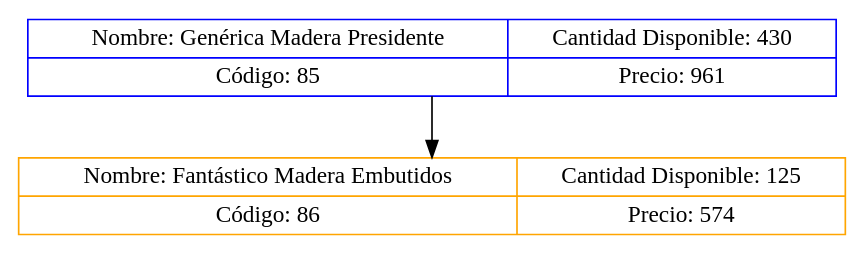
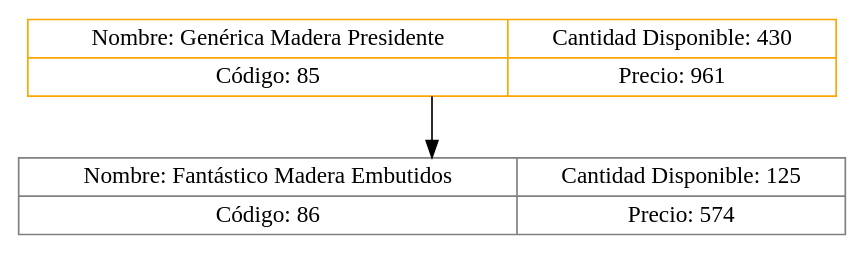
One commit to Daniel-Chicas/EDD_VirtualMall_201807079 changed the diagram in cliente/src/ImagenArbol/ArbolProductos.dot. Above: the diagram before and after it, drawn with Graphviz. The commit also changed 186 other files, not shown here.

```diff
--- a/cliente/src/ImagenArbol/ArbolProductos.dot
+++ b/cliente/src/ImagenArbol/ArbolProductos.dot
@@ -1,5 +1,5 @@
 digraph Arbol{node[shape="record"];
-node0xc000040300[label="{Nombre: Genérica Madera Presidente|Código: 85}|{Cantidad Disponible: 430|Precio: 961}" color="blue"];
-node0xc000040360[label="{Nombre: Fantástico Madera Embutidos|Código: 86}|{Cantidad Disponible: 125|Precio: 574}" color="orange"];
-node0xc000040300:f2->node0xc000040360:f1
+node0xc0001fe620[label="{Nombre: Genérica Madera Presidente|Código: 85}|{Cantidad Disponible: 430|Precio: 961}" color="orange"];
+node0xc0001fe690[label="{Nombre: Fantástico Madera Embutidos|Código: 86}|{Cantidad Disponible: 125|Precio: 574}" color="gray"];
+node0xc0001fe620:f2->node0xc0001fe690:f1
 }
```
